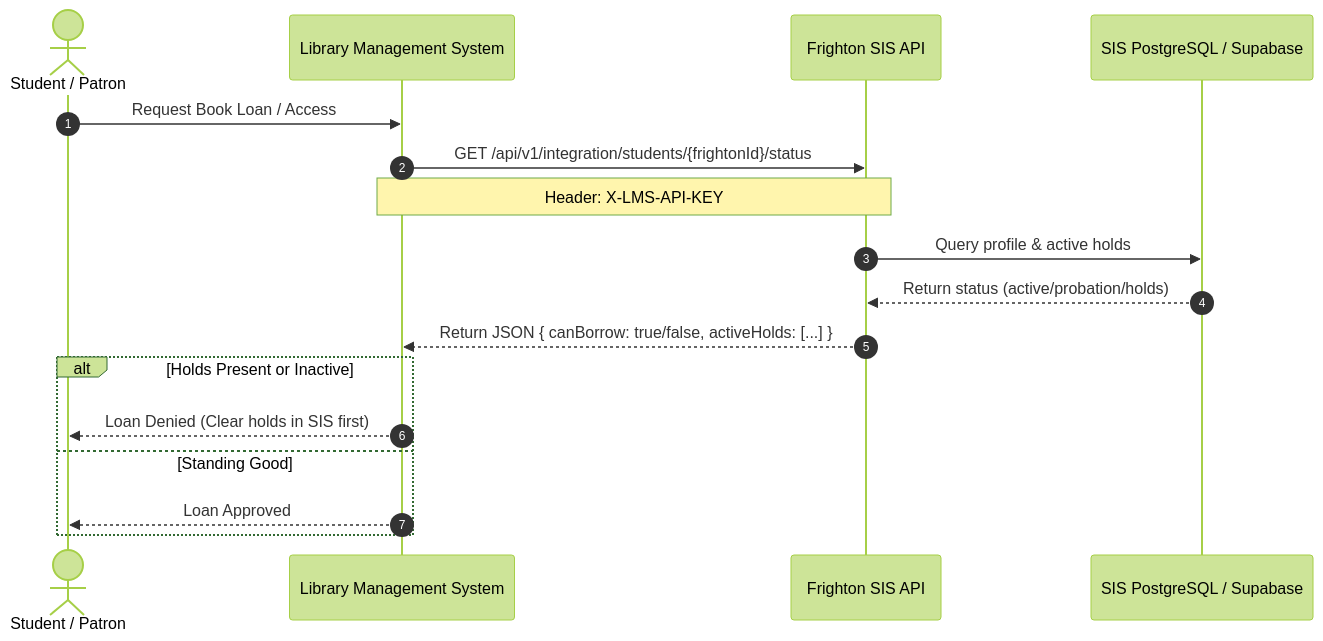
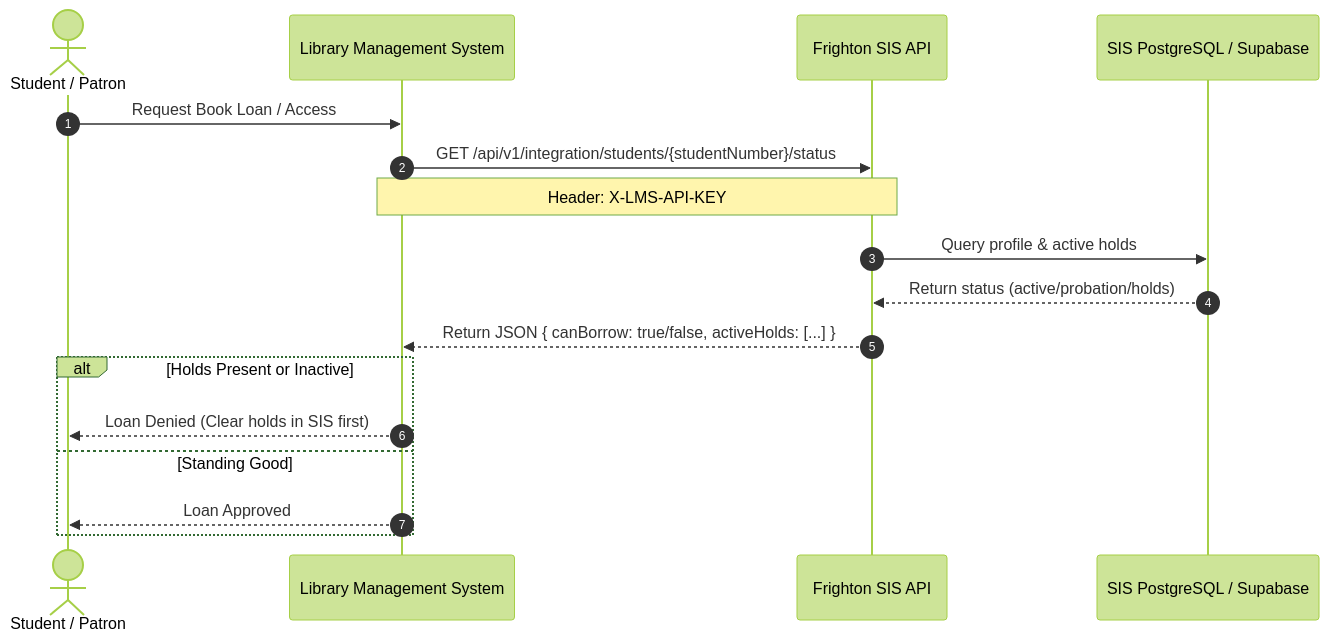
The diagram in docs/lms-integration-spec.md (PhonsekalLaure/frighton-university-sis), drawn with Mermaid (forest theme) before and after one commit. The commit also changed other lines of this file and 19 other files, not shown here.

Commit message:
feat: add student portal pages, architecture documentation, and holds service backend routes

````diff
--- a/docs/lms-integration-spec.md
+++ b/docs/lms-integration-spec.md
@@ -12,21 +12,21 @@
 ```mermaid
 sequenceDiagram
     autonumber
     actor Patron as Student / Patron
     participant LMS as Library Management System
     participant SIS as Frighton SIS API
     participant DB as SIS PostgreSQL / Supabase
 
     Patron->>LMS: Request Book Loan / Access
-    LMS->>SIS: GET /api/v1/integration/students/{frightonId}/status
+    LMS->>SIS: GET /api/v1/integration/students/{studentNumber}/status
     Note over LMS,SIS: Header: X-LMS-API-KEY
     SIS->>DB: Query profile & active holds
     DB-->>SIS: Return status (active/probation/holds)
     SIS-->>LMS: Return JSON { canBorrow: true/false, activeHolds: [...] }
     
     alt Holds Present or Inactive
         LMS-->>Patron: Loan Denied (Clear holds in SIS first)
     else Standing Good
         LMS-->>Patron: Loan Approved
     end
 ```
````
